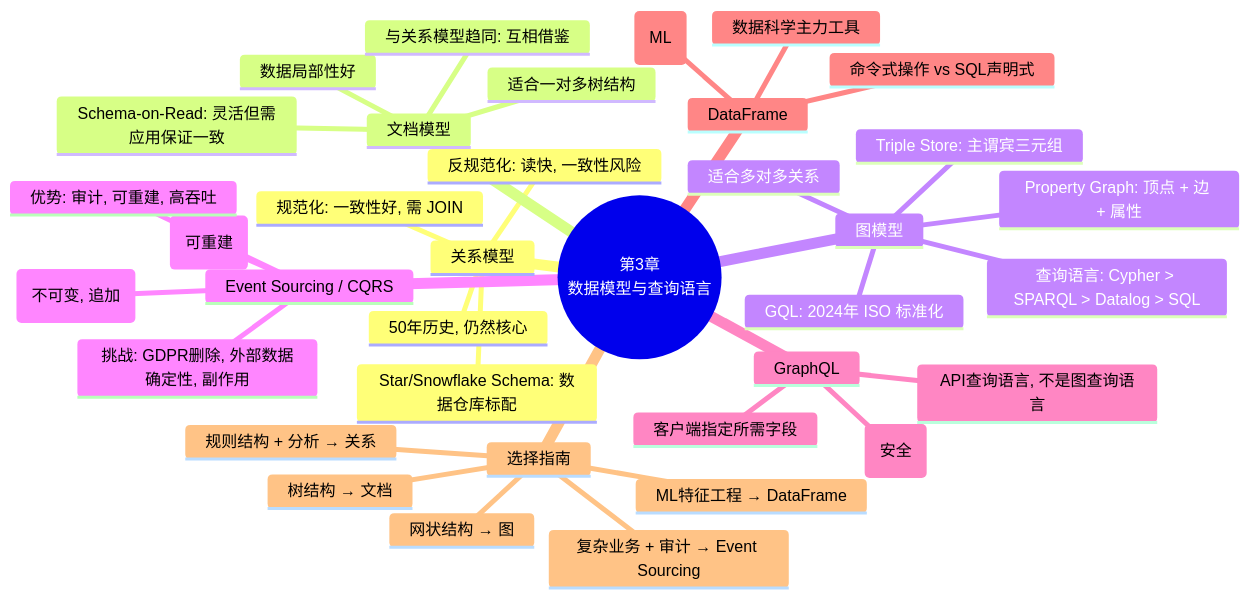
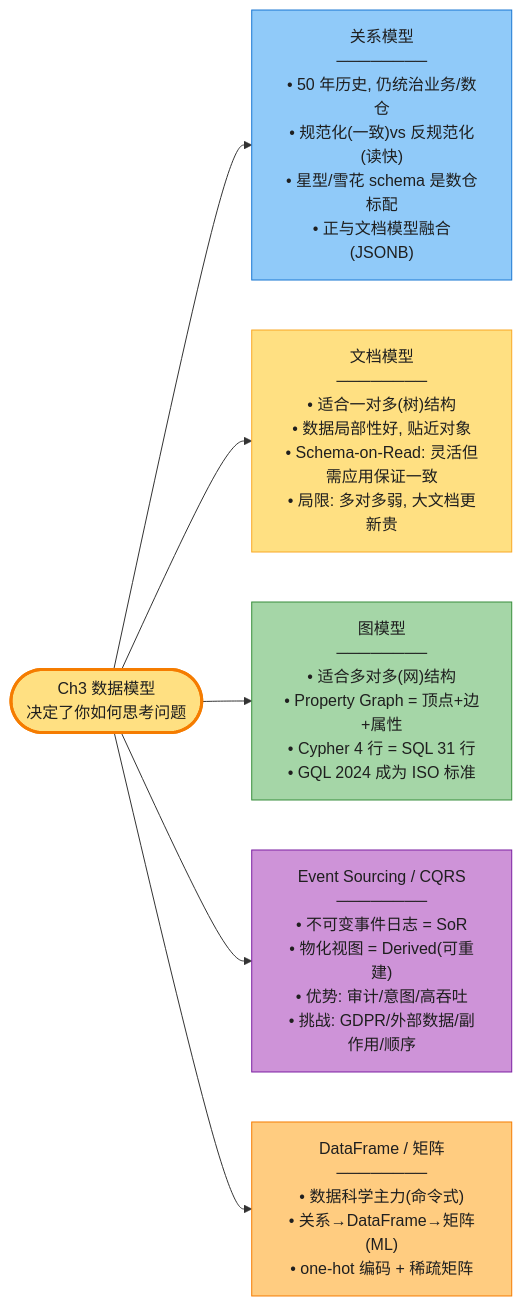
Diagram 16 of 16 in ch03-数据模型与查询语言.md (socoo123/ddia_2nd), drawn with Mermaid before and after one commit. The commit also changed other lines of this file and 8 other files, not shown here.

First line of the commit message:
重写 ch01-ch09 读书笔记：风格统一 + 内容扩充 + 大量图表

````diff
--- a/ch03-数据模型与查询语言.md
+++ b/ch03-数据模型与查询语言.md
@@ -744,39 +994,23 @@
 ```mermaid
-mindmap
-  root((第3章<br/>数据模型与查询语言))
-    关系模型
-      50年历史, 仍然核心
-      规范化: 一致性好, 需 JOIN
-      反规范化: 读快, 一致性风险
-      Star/Snowflake Schema: 数据仓库标配
-    文档模型
-      适合一对多树结构
-      数据局部性好
-      Schema-on-Read: 灵活但需应用保证一致
-      与关系模型趋同: 互相借鉴
-    图模型
-      适合多对多关系
-      Property Graph: 顶点 + 边 + 属性
-      Triple Store: 主谓宾三元组
-      查询语言: Cypher > SPARQL > Datalog > SQL
-      GQL: 2024年 ISO 标准化
-    Event Sourcing / CQRS
-      事件日志 = SoR (不可变, 追加)
-      物化视图 = Derived (可重建)
-      优势: 审计, 可重建, 高吞吐
-      挑战: GDPR删除, 外部数据确定性, 副作用
-    GraphQL
-      API查询语言, 不是图查询语言
-      客户端指定所需字段
-      故意限制表达能力 (安全)
-    DataFrame
-      数据科学主力工具
-      命令式操作 vs SQL声明式
-      关系表 → DataFrame → 矩阵 (ML)
-    选择指南
-      树结构 → 文档
-      网状结构 → 图
-      规则结构 + 分析 → 关系
-      复杂业务 + 审计 → Event Sourcing
-      ML特征工程 → DataFrame
+flowchart LR
+    ROOT(["Ch3 数据模型<br/>决定了你如何思考问题"])
+
+    B1["关系模型<br/>────────<br/>• 50 年历史, 仍统治业务/数仓<br/>• 规范化(一致)vs 反规范化(读快)<br/>• 星型/雪花 schema 是数仓标配<br/>• 正与文档模型融合(JSONB)"]
+    B2["文档模型<br/>────────<br/>• 适合一对多(树)结构<br/>• 数据局部性好, 贴近对象<br/>• Schema-on-Read: 灵活但需应用保证一致<br/>• 局限: 多对多弱, 大文档更新贵"]
+    B3["图模型<br/>────────<br/>• 适合多对多(网)结构<br/>• Property Graph = 顶点+边+属性<br/>• Cypher 4 行 = SQL 31 行<br/>• GQL 2024 成为 ISO 标准"]
+    B4["Event Sourcing / CQRS<br/>────────<br/>• 不可变事件日志 = SoR<br/>• 物化视图 = Derived(可重建)<br/>• 优势: 审计/意图/高吞吐<br/>• 挑战: GDPR/外部数据/副作用/顺序"]
+    B5["DataFrame / 矩阵<br/>────────<br/>• 数据科学主力(命令式)<br/>• 关系→DataFrame→矩阵(ML)<br/>• one-hot 编码 + 稀疏矩阵"]
+
+    ROOT --> B1
+    ROOT --> B2
+    ROOT --> B3
+    ROOT --> B4
+    ROOT --> B5
+
+    style ROOT fill:#FFE082,stroke:#F57C00,color:#1f1f1f,stroke-width:3px
+    style B1 fill:#90CAF9,stroke:#1976D2,color:#1f1f1f
+    style B2 fill:#FFE082,stroke:#F9A825,color:#1f1f1f
+    style B3 fill:#A5D6A7,stroke:#388E3C,color:#1f1f1f
+    style B4 fill:#CE93D8,stroke:#7B1FA2,color:#1f1f1f
+    style B5 fill:#FFCC80,stroke:#F57C00,color:#1f1f1f
 ```
````
